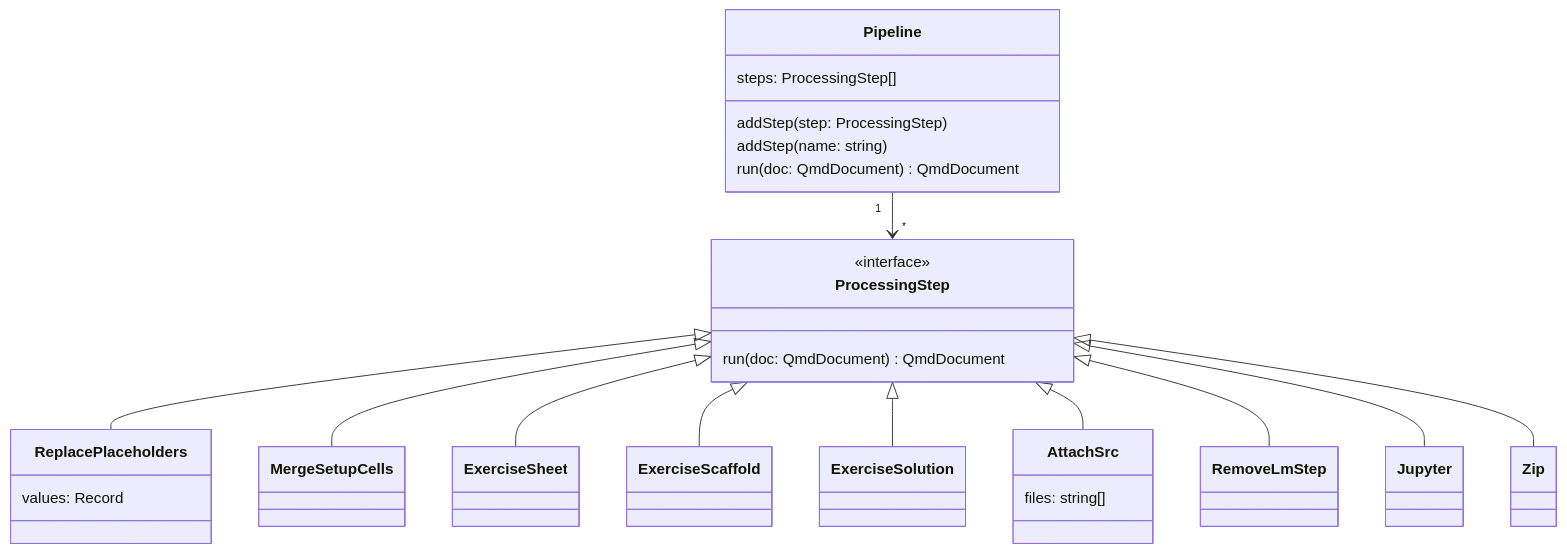
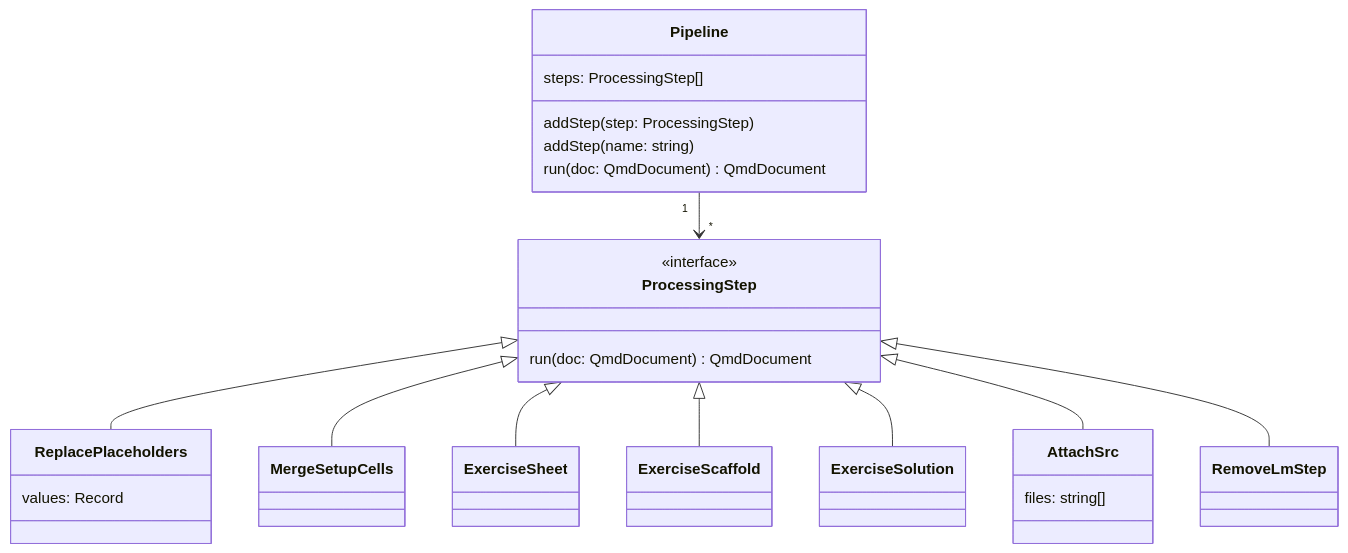
The third of 5 diagrams in DESIGN.md (matthiasbaitsch/quarto-loi-moi), drawn with Mermaid before and after one commit. The commit also changed other lines of this file and 20 other files, not shown here.

````diff
--- a/DESIGN.md
+++ b/DESIGN.md
@@ -128,30 +127,28 @@
 ```mermaid
 classDiagram
   direction TD
   Pipeline "1" --> "*" ProcessingStep
   ProcessingStep <|-- ReplacePlaceholders
   ProcessingStep <|-- MergeSetupCells
   ProcessingStep <|-- ExerciseSheet
   ProcessingStep <|-- ExerciseScaffold
   ProcessingStep <|-- ExerciseSolution
   ProcessingStep <|-- AttachSrc
   ProcessingStep <|-- RemoveLmStep
-  ProcessingStep <|-- Jupyter
-  ProcessingStep <|-- Zip
   class Pipeline {
     steps: ProcessingStep[]
     addStep(step: ProcessingStep)
     addStep(name: string)
     run(doc: QmdDocument) QmdDocument
   }
   class ProcessingStep {
     <<interface>>
     run(doc: QmdDocument) QmdDocument
   }
   class ReplacePlaceholders {
     values: Record
   }
   class AttachSrc {
     files: string[]
   }
 ```
````
